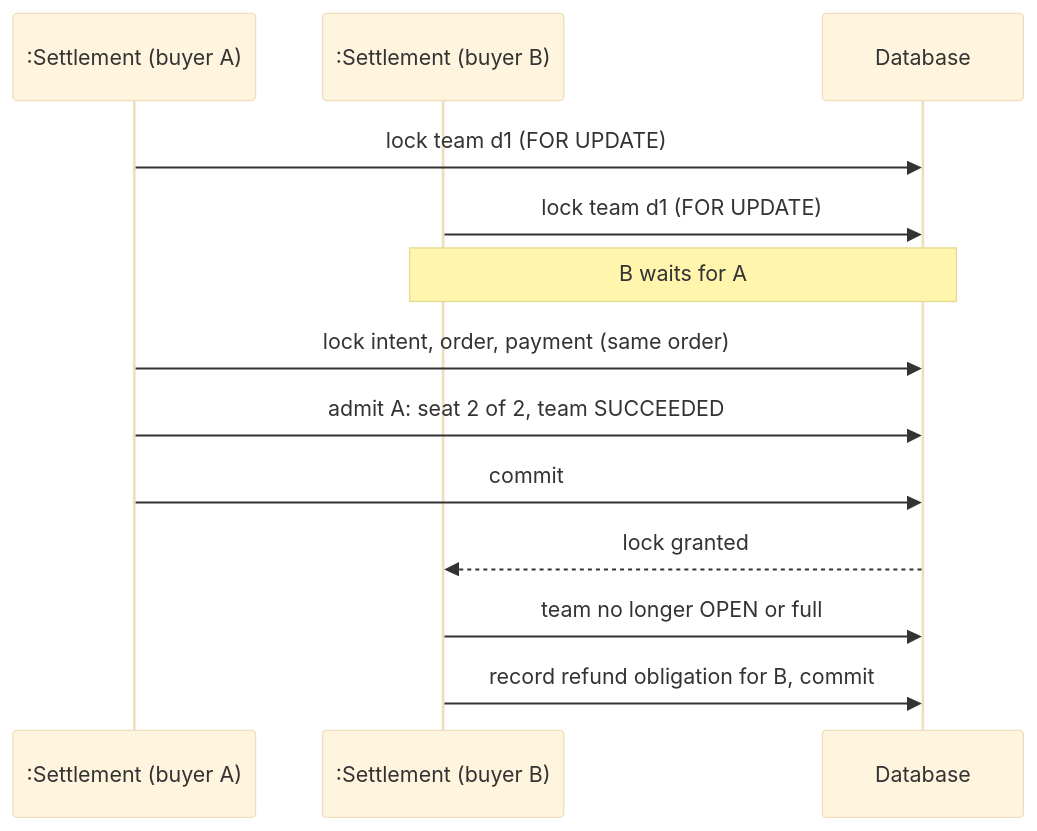
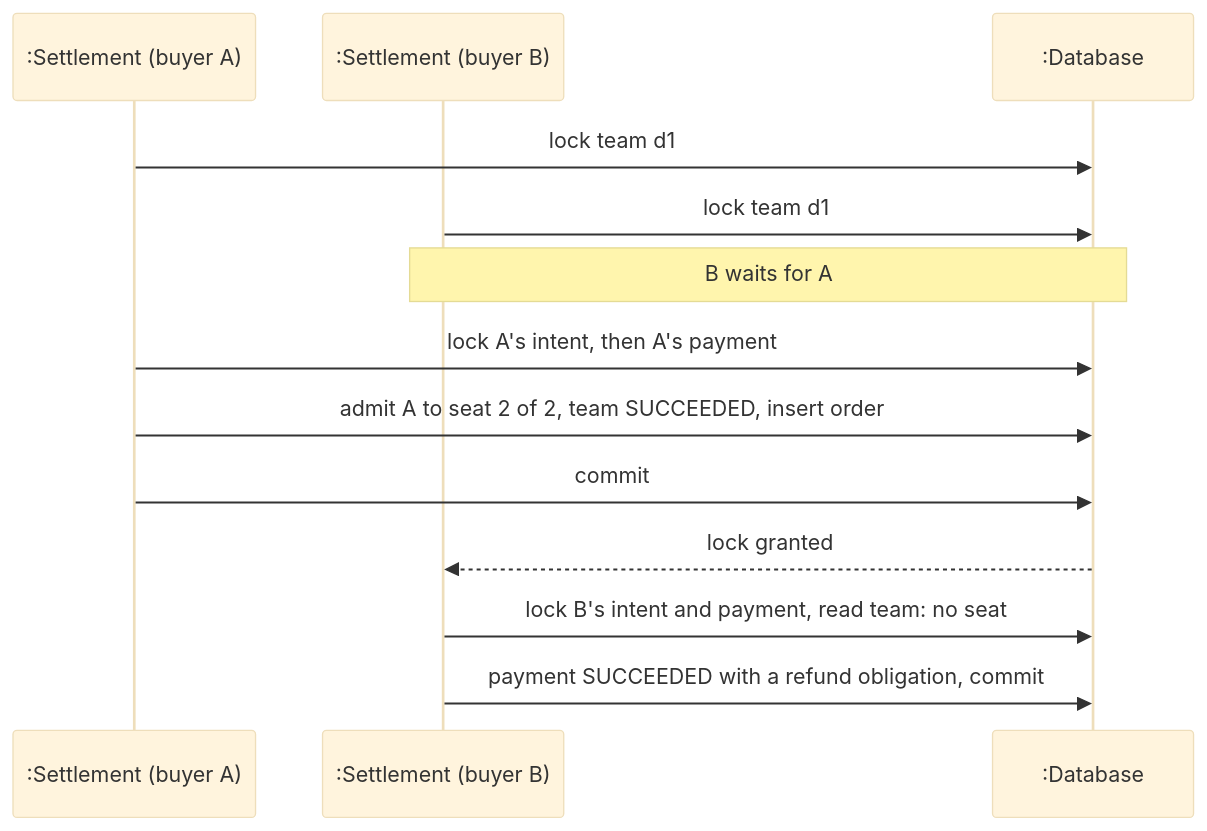
One commit to PPsyrius/iss-groupbuy-team8 changed the tenth of 14 diagrams in docs/swe5006/report-drafts/transition-strategies.md. Above: the diagram before and after it, drawn with Mermaid (base theme). The commit also changed other lines of this file and 1 other file, not shown here.

````diff
--- a/docs/swe5006/report-drafts/transition-strategies.md
+++ b/docs/swe5006/report-drafts/transition-strategies.md
@@ -407,15 +381,15 @@
 ```mermaid
 sequenceDiagram
-    participant W as :Settlement (buyer A)
-    participant X as :Settlement (buyer B)
-    participant DB as Database
-    W->>DB: lock team d1 (FOR UPDATE)
-    X->>DB: lock team d1 (FOR UPDATE)
-    Note over X,DB: B waits for A
-    W->>DB: lock intent, order, payment (same order)
-    W->>DB: admit A: seat 2 of 2, team SUCCEEDED
-    W->>DB: commit
-    DB-->>X: lock granted
-    X->>DB: team no longer OPEN or full
-    X->>DB: record refund obligation for B, commit
+    participant A as :Settlement (buyer A)
+    participant B as :Settlement (buyer B)
+    participant DB as :Database
+    A->>DB: lock team d1
+    B->>DB: lock team d1
+    Note over B,DB: B waits for A
+    A->>DB: lock A's intent, then A's payment
+    A->>DB: admit A to seat 2 of 2, team SUCCEEDED, insert order
+    A->>DB: commit
+    DB-->>B: lock granted
+    B->>DB: lock B's intent and payment, read team: no seat
+    B->>DB: payment SUCCEEDED with a refund obligation, commit
 ```
````
